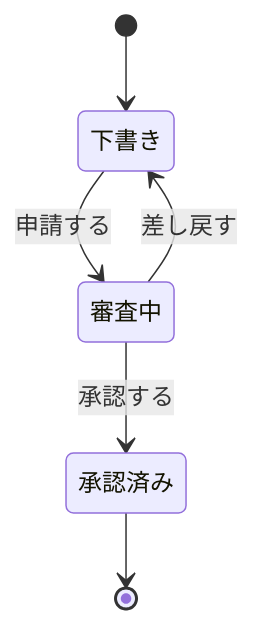
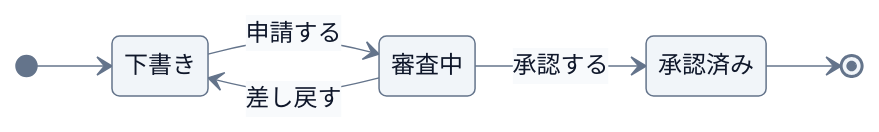
The diagram in plugins/sketch/skills/draw-mermaid/examples/state.md (Wataru-Toriumi/agent-skills), drawn with Mermaid before and after one commit. The commit also changed other lines of this file and 7 other files, not shown here.

Commit message:
docs(sketch): polish Mermaid example layouts

````diff
--- a/plugins/sketch/skills/draw-mermaid/examples/state.md
+++ b/plugins/sketch/skills/draw-mermaid/examples/state.md
@@ -8,11 +8,28 @@
 ```mermaid
+---
+config:
+  theme: base
+  look: classic
+  fontFamily: sans-serif
+  themeVariables:
+    primaryColor: "#F1F5F9"
+    primaryTextColor: "#0F172A"
+    primaryBorderColor: "#64748B"
+    lineColor: "#64748B"
+    secondaryColor: "#F8FAFC"
+    tertiaryColor: "#FFFFFF"
+  state:
+    nodeSpacing: 32
+    rankSpacing: 48
+---
 stateDiagram-v2
+    direction LR
     state "下書き" as Draft
     state "審査中" as InReview
     state "承認済み" as Approved
     [*] --> Draft
     Draft --> InReview: 申請する
     InReview --> Draft: 差し戻す
     InReview --> Approved: 承認する
     Approved --> [*]
 ```
````
